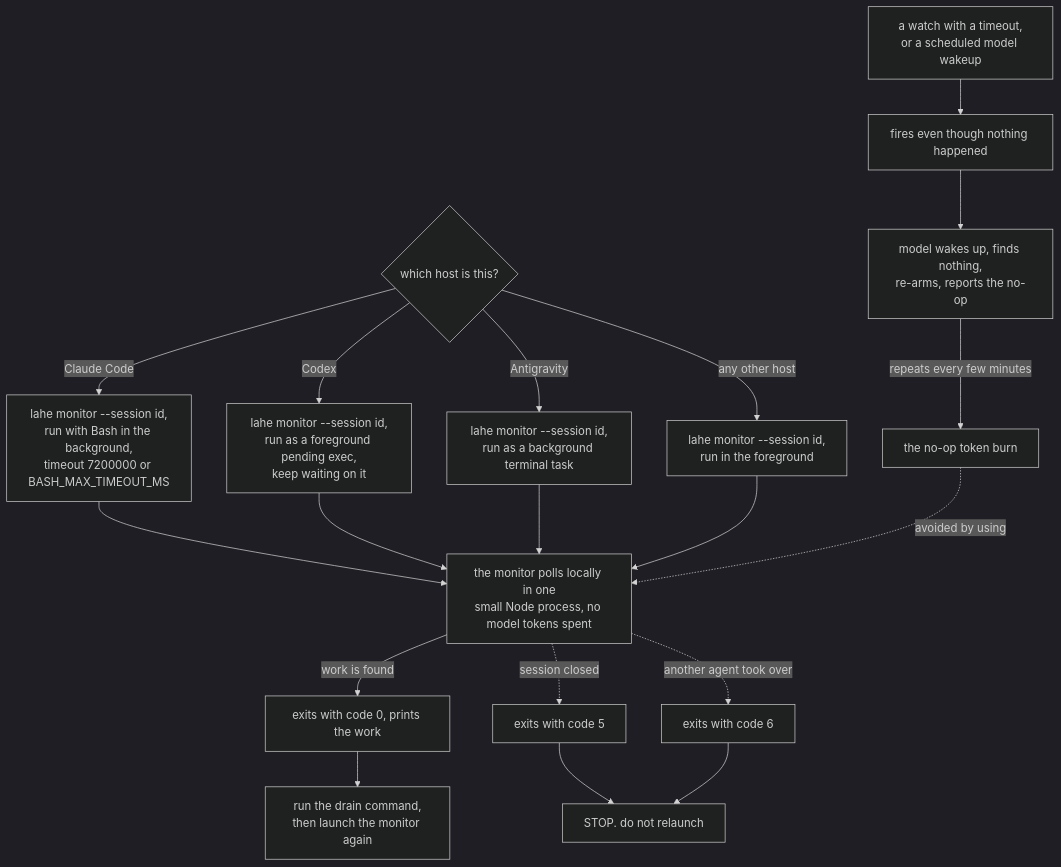
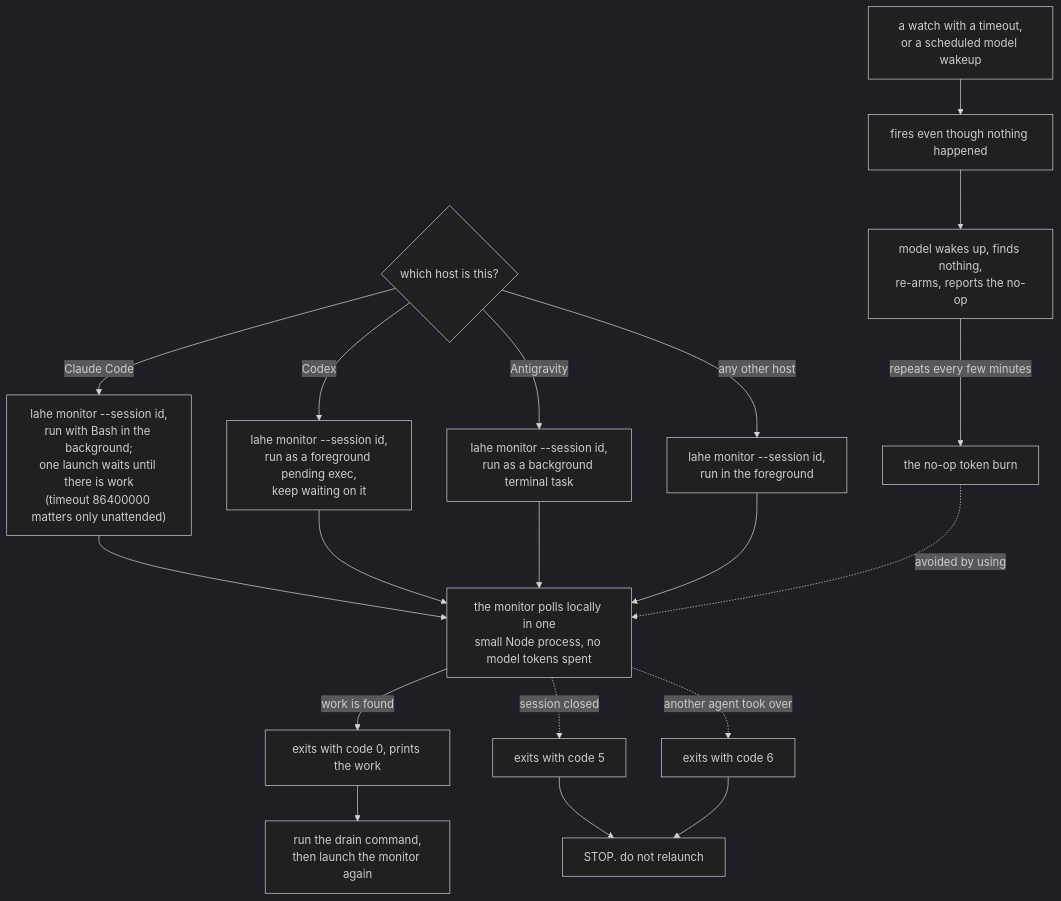
Before and after one commit to kenxle/live-agentic-html-editor: the second of 3 diagrams in docs/diagrams/agent_workflow.md, drawn with Mermaid (dark theme). The commit also changed other lines of this file and 5 other files, not shown here.

First line of the commit message:
Stop hook: one launch waits until there is work, not a two-hour timeout

````diff
--- a/docs/diagrams/agent_workflow.md
+++ b/docs/diagrams/agent_workflow.md
@@ -34,25 +34,25 @@
 ```mermaid
 flowchart TD
     Host{"which host is this?"}
-    Host -->|"Claude Code"| CC["lahe monitor --session id,<br/>run with Bash in the background,<br/>timeout 7200000 or BASH_MAX_TIMEOUT_MS"]
+    Host -->|"Claude Code"| CC["lahe monitor --session id,<br/>run with Bash in the background;<br/>one launch waits until there is work<br/>(timeout 86400000 matters only unattended)"]
     Host -->|"Codex"| Cx["lahe monitor --session id,<br/>run as a foreground pending exec,<br/>keep waiting on it"]
     Host -->|"Antigravity"| AG["lahe monitor --session id,<br/>run as a background terminal task"]
     Host -->|"any other host"| Oth["lahe monitor --session id,<br/>run in the foreground"]
 
     CC --> LocalPoll
     Cx --> LocalPoll["the monitor polls locally in one<br/>small Node process, no model tokens spent"]
     AG --> LocalPoll
     Oth --> LocalPoll
     LocalPoll -->|"work is found"| Exit0["exits with code 0, prints the work"]
     Exit0 --> Drain1["run the drain command,<br/>then launch the monitor again"]
 
     LocalPoll -.->|"session closed"| Exit5["exits with code 5"]
     LocalPoll -.->|"another agent took over"| Exit6["exits with code 6"]
     Exit5 --> Stop["STOP. do not relaunch"]
     Exit6 --> Stop
 
     Danger["a watch with a timeout,<br/>or a scheduled model wakeup"] --> Timeout["fires even though nothing happened"]
     Timeout --> Relaunch["model wakes up, finds nothing,<br/>re-arms, reports the no-op"]
     Relaunch -->|"repeats every few minutes"| NoOp["the no-op token burn"]
     NoOp -.->|"avoided by using"| LocalPoll
 ```
````
